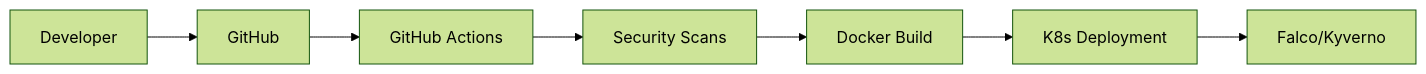
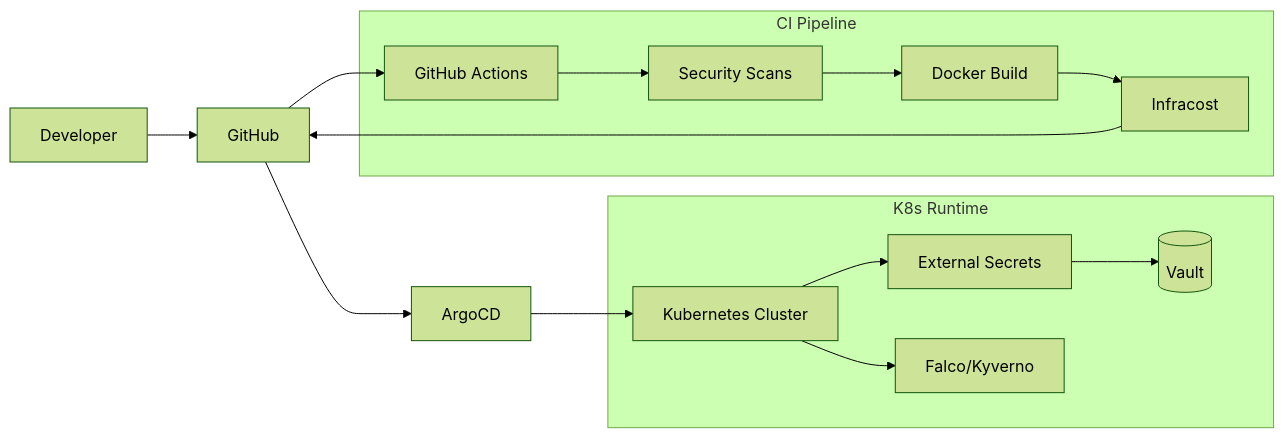
The diagram in README.md (Denisgithubss/devops_playground), drawn with Mermaid (forest theme) before and after one commit.

Commit message:
docs: update architecture diagram in README

````diff
--- a/README.md
+++ b/README.md
@@ -9,9 +9,18 @@
 ```mermaid
 graph LR
     Dev[Developer] --> Git[GitHub]
     Git --> CI[GitHub Actions]
-    CI --> Security[Security Scans]
-    Security --> Build[Docker Build]
-    Build --> Deploy[K8s Deployment]
-    Deploy --> Runtime[Falco/Kyverno]
+    subgraph "CI Pipeline"
+        CI --> Scan[Security Scans]
+        Scan --> Build[Docker Build]
+        Build --> Cost[Infracost]
+    end
+    Cost --> Git
+    Git --> Argo[ArgoCD]
+    Argo --> K8s[Kubernetes Cluster]
+    subgraph "K8s Runtime"
+        K8s --> ESO[External Secrets]
+        ESO --> Vault[(Vault)]
+        K8s --> Sec[Falco/Kyverno]
+    end
 ```
````
